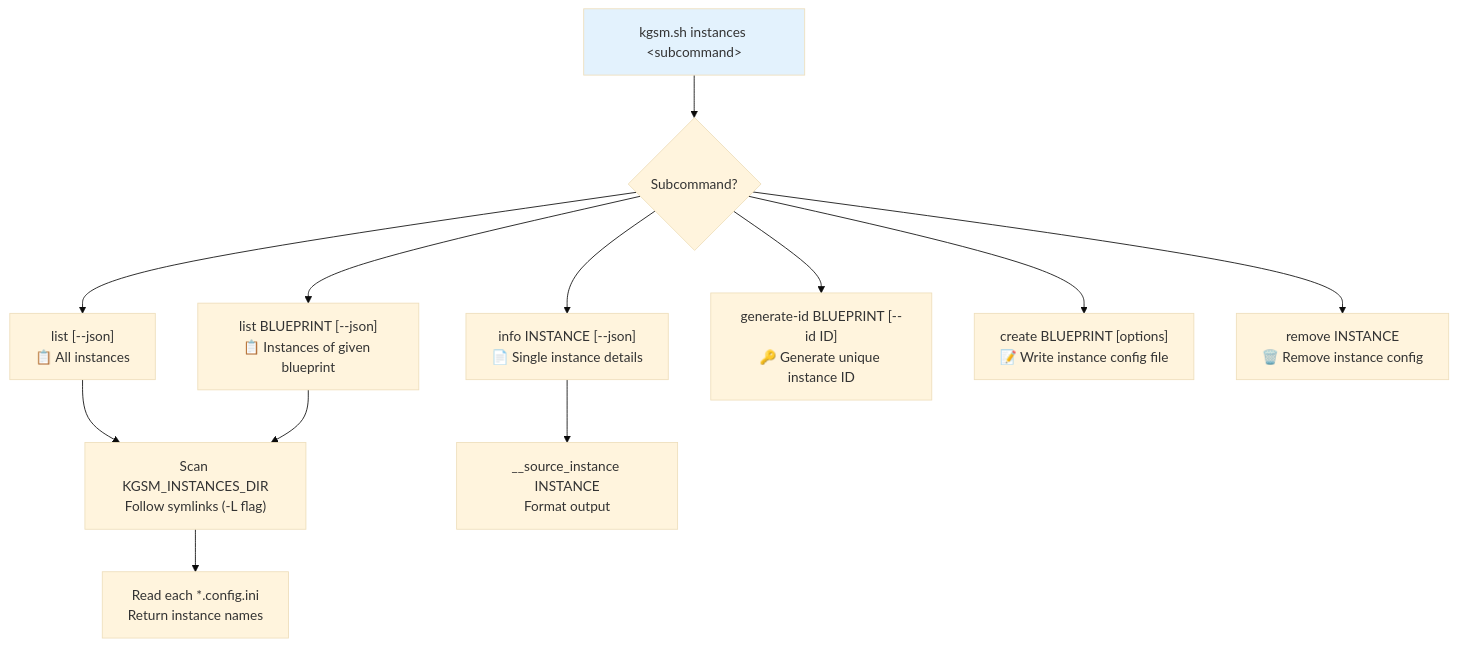
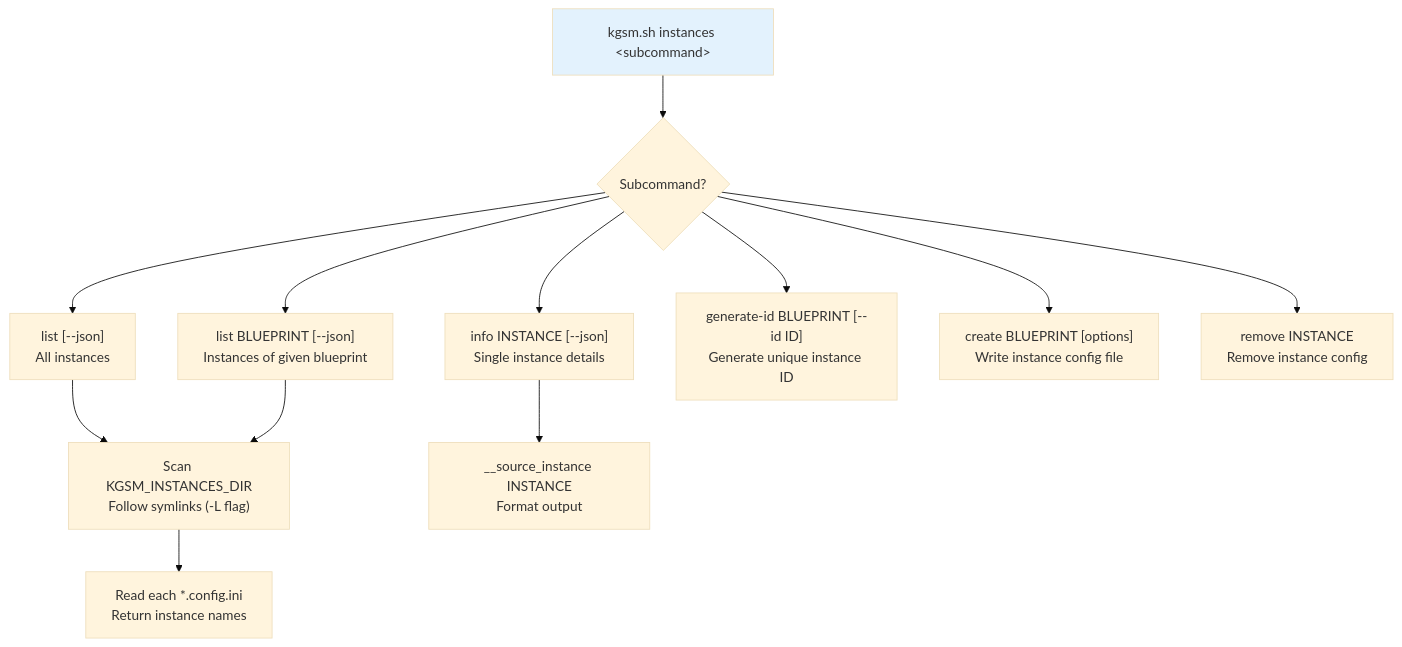
Before and after one commit to TheKrystalShip/kgsm: the eighth of 9 diagrams in docs/execution_flows.md, drawn with Mermaid (base theme). The commit also changed other lines of this file and 10 other files, not shown here.

````diff
--- a/docs/execution_flows.md
+++ b/docs/execution_flows.md
@@ -415,17 +415,17 @@
 ```mermaid
 graph TD
     A["kgsm.sh instances &lt;subcommand&gt;"] --> B{Subcommand?}
 
-    B --> C["list [--json]<br/>📋 All instances"]
-    B --> D["list BLUEPRINT [--json]<br/>📋 Instances of given blueprint"]
-    B --> E["info INSTANCE [--json]<br/>📄 Single instance details"]
-    B --> F["generate-id BLUEPRINT [--id ID]<br/>🔑 Generate unique instance ID"]
-    B --> G["create BLUEPRINT [options]<br/>📝 Write instance config file"]
-    B --> H["remove INSTANCE<br/>🗑️ Remove instance config"]
+    B --> C["list [--json]<br/>All instances"]
+    B --> D["list BLUEPRINT [--json]<br/>Instances of given blueprint"]
+    B --> E["info INSTANCE [--json]<br/>Single instance details"]
+    B --> F["generate-id BLUEPRINT [--id ID]<br/>Generate unique instance ID"]
+    B --> G["create BLUEPRINT [options]<br/>Write instance config file"]
+    B --> H["remove INSTANCE<br/>Remove instance config"]
 
     C & D --> I["Scan KGSM_INSTANCES_DIR<br/>Follow symlinks (-L flag)"]
     I --> J["Read each *.config.ini<br/>Return instance names"]
     E --> K["__source_instance INSTANCE<br/>Format output"]
 
     style A fill:#e3f2fd
 ```
````
